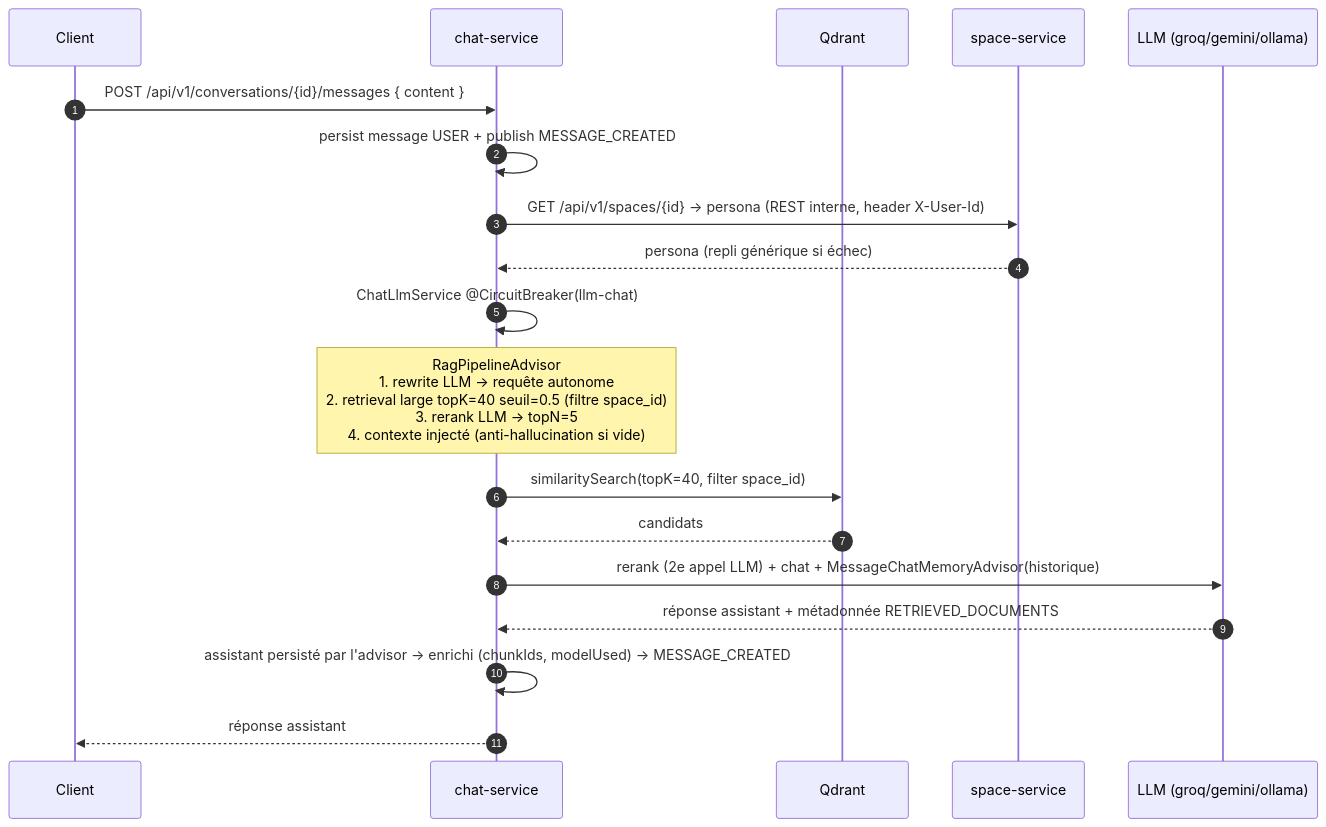
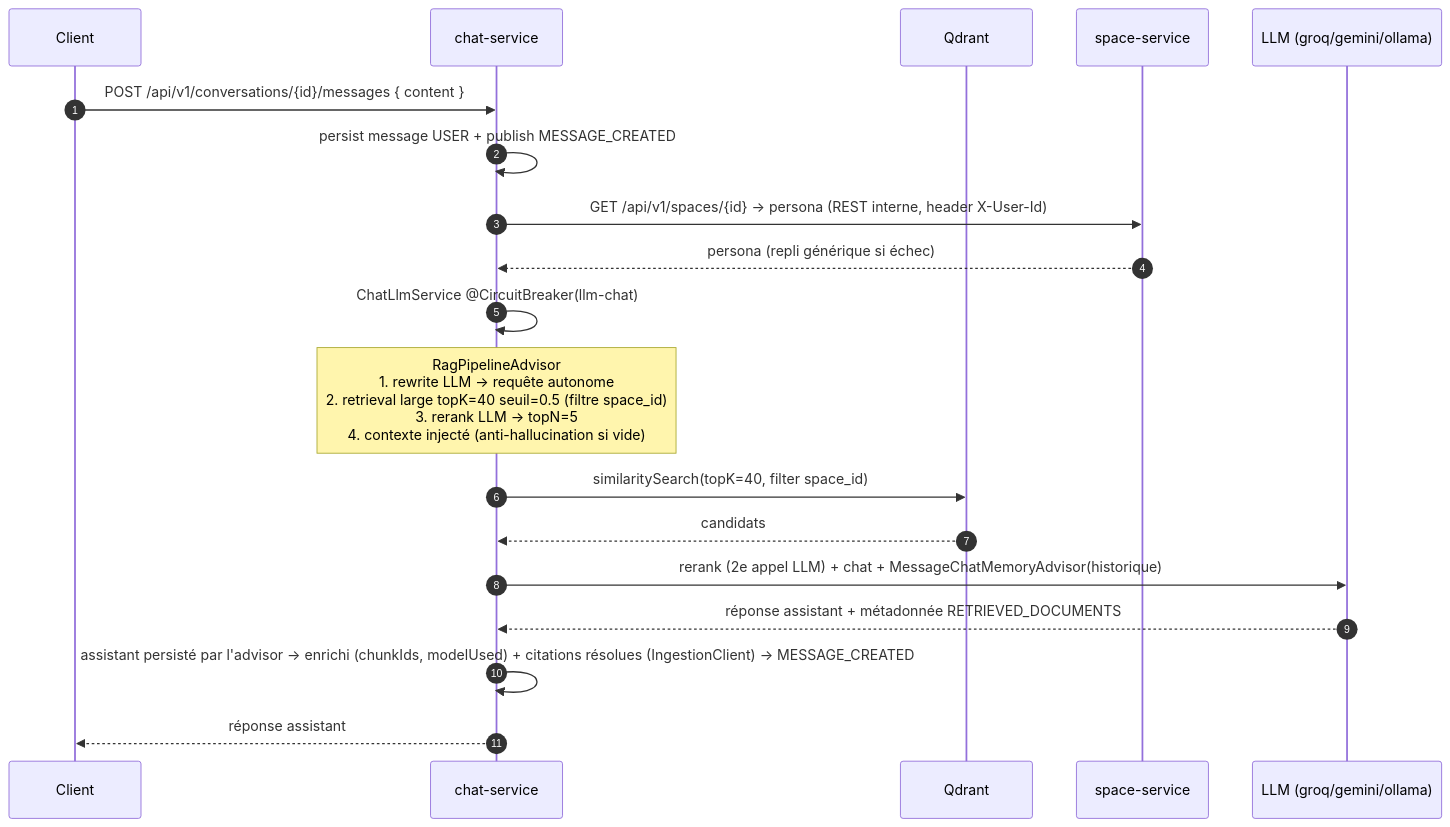
The diagram in chat-service/README.md (MixMaster2005/TsimokaAI), drawn with Mermaid before and after one commit. The commit also changed other lines of this file and 73 other files, not shown here.

````diff
--- a/chat-service/README.md
+++ b/chat-service/README.md
@@ -84,21 +87,21 @@
 ```mermaid
 sequenceDiagram
     autonumber
     participant C as Client
     participant U as chat-service
     participant V as Qdrant
     participant S as space-service
     participant L as LLM (groq/gemini/ollama)
     C->>U: POST /api/v1/conversations/{id}/messages { content }
     U->>U: persist message USER + publish MESSAGE_CREATED
     U->>S: GET /api/v1/spaces/{id} → persona (REST interne, header X-User-Id)
     S-->>U: persona (repli générique si échec)
     U->>U: ChatLlmService @CircuitBreaker(llm-chat)
     Note over U: RagPipelineAdvisor<br/>1. rewrite LLM → requête autonome<br/>2. retrieval large topK=40 seuil=0.5 (filtre space_id)<br/>3. rerank LLM → topN=5<br/>4. contexte injecté (anti-hallucination si vide)
     U->>V: similaritySearch(topK=40, filter space_id)
     V-->>U: candidats
     U->>L: rerank (2e appel LLM) + chat + MessageChatMemoryAdvisor(historique)
     L-->>U: réponse assistant + métadonnée RETRIEVED_DOCUMENTS
-    U->>U: assistant persisté par l'advisor → enrichi (chunkIds, modelUsed) → MESSAGE_CREATED
+    U->>U: assistant persisté par l'advisor → enrichi (chunkIds, modelUsed) + citations résolues (IngestionClient) → MESSAGE_CREATED
     U-->>C: réponse assistant
 ```
````
